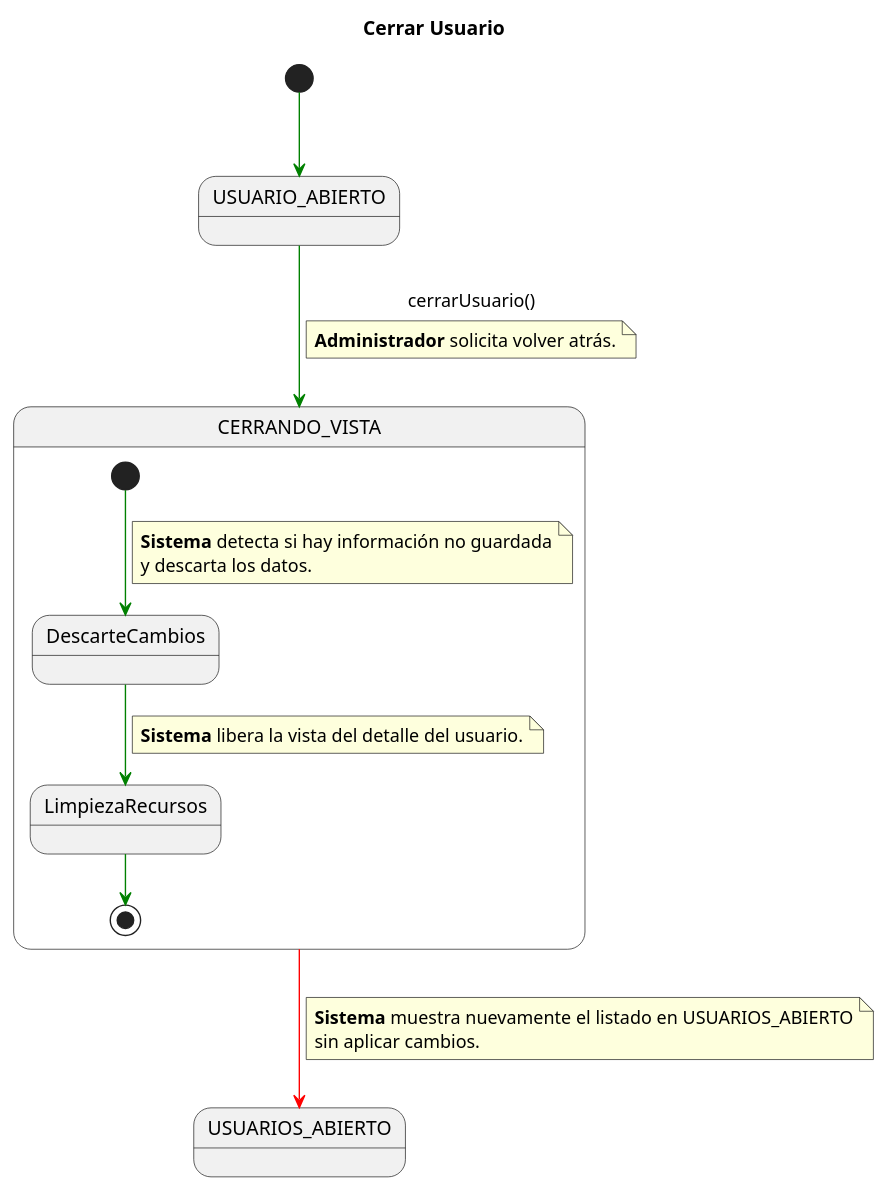
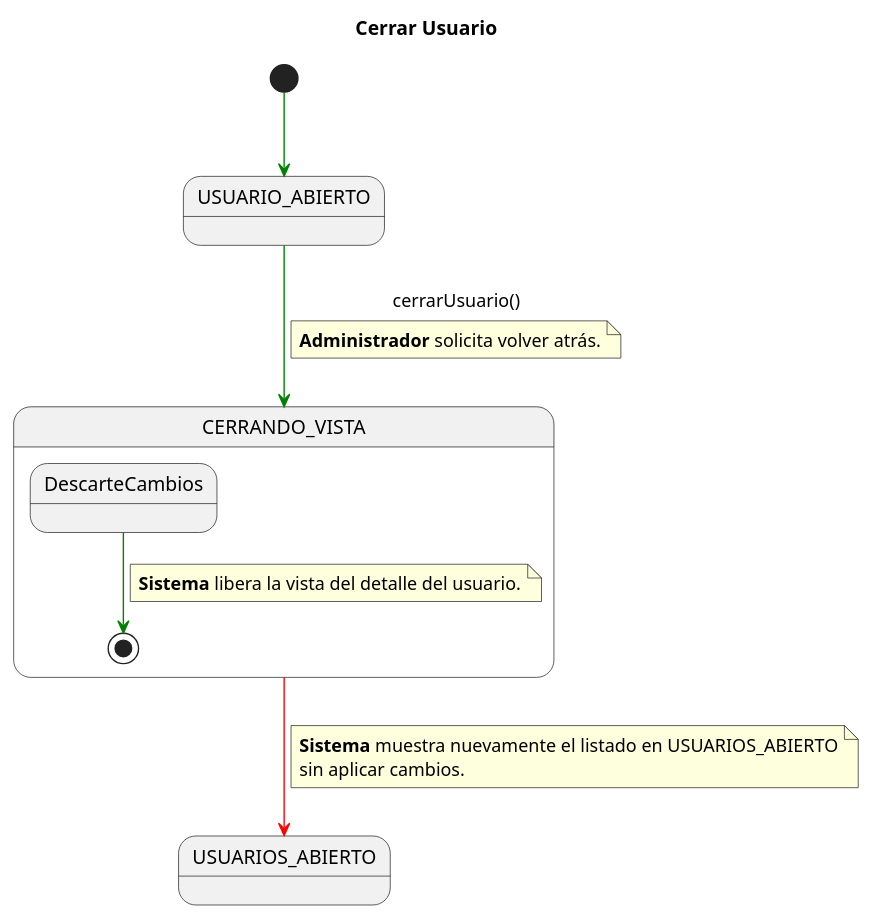
The diagram in documents/CasosDeUso/DetalladoCasosDeUso/Administrador/cerrarUsuario.puml (enmabry/25-26-IdSw1-SdR), drawn with PlantUML before and after one commit. The commit also changed 3 other files, not shown here.

```diff
--- a/documents/CasosDeUso/DetalladoCasosDeUso/Administrador/cerrarUsuario.puml
+++ b/documents/CasosDeUso/DetalladoCasosDeUso/Administrador/cerrarUsuario.puml
@@ -1,41 +1,33 @@
 @startuml
 title Cerrar Usuario
 skinparam linetype polyline
 
 state USUARIO_ABIERTO_INICIAL  as "USUARIO_ABIERTO"
 state PROCESO_CIERRE_COMP      as "CERRANDO_VISTA"
 state USUARIOS_ABIERTO_FINAL   as "USUARIOS_ABIERTO"
 
 [*] -[#green]-> USUARIO_ABIERTO_INICIAL
 
 USUARIO_ABIERTO_INICIAL -[#green]-> PROCESO_CIERRE_COMP : cerrarUsuario()
-note on link
+note on link 
 <b>Administrador</b> solicita volver atrás.
 end note
 
 state PROCESO_CIERRE_COMP {
 
     state DescarteCambios
-    state LimpiezaRecursos
 
-    [*] -[#green]-> DescarteCambios
-    note on link
-    <b>Sistema</b> detecta si hay información no guardada
-    y descarta los datos.
-    end note
-
-    DescarteCambios -[#green]-> LimpiezaRecursos
+    DescarteCambios -[#green]-> [*]
     note on link
     <b>Sistema</b> libera la vista del detalle del usuario.
     end note
 
-    LimpiezaRecursos -[#green]-> [*]
 }
 
 PROCESO_CIERRE_COMP -[#red]-> USUARIOS_ABIERTO_FINAL
 note on link
 <b>Sistema</b> muestra nuevamente el listado en USUARIOS_ABIERTO
 sin aplicar cambios.
 end note
 
 @enduml
```
